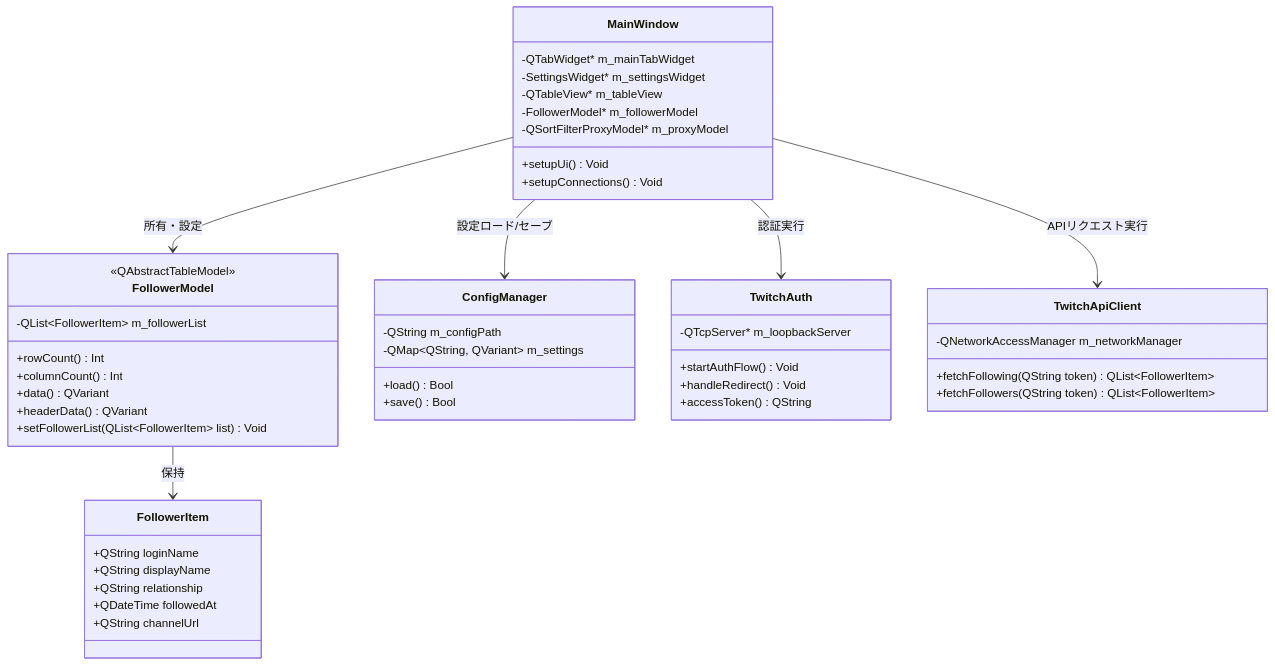
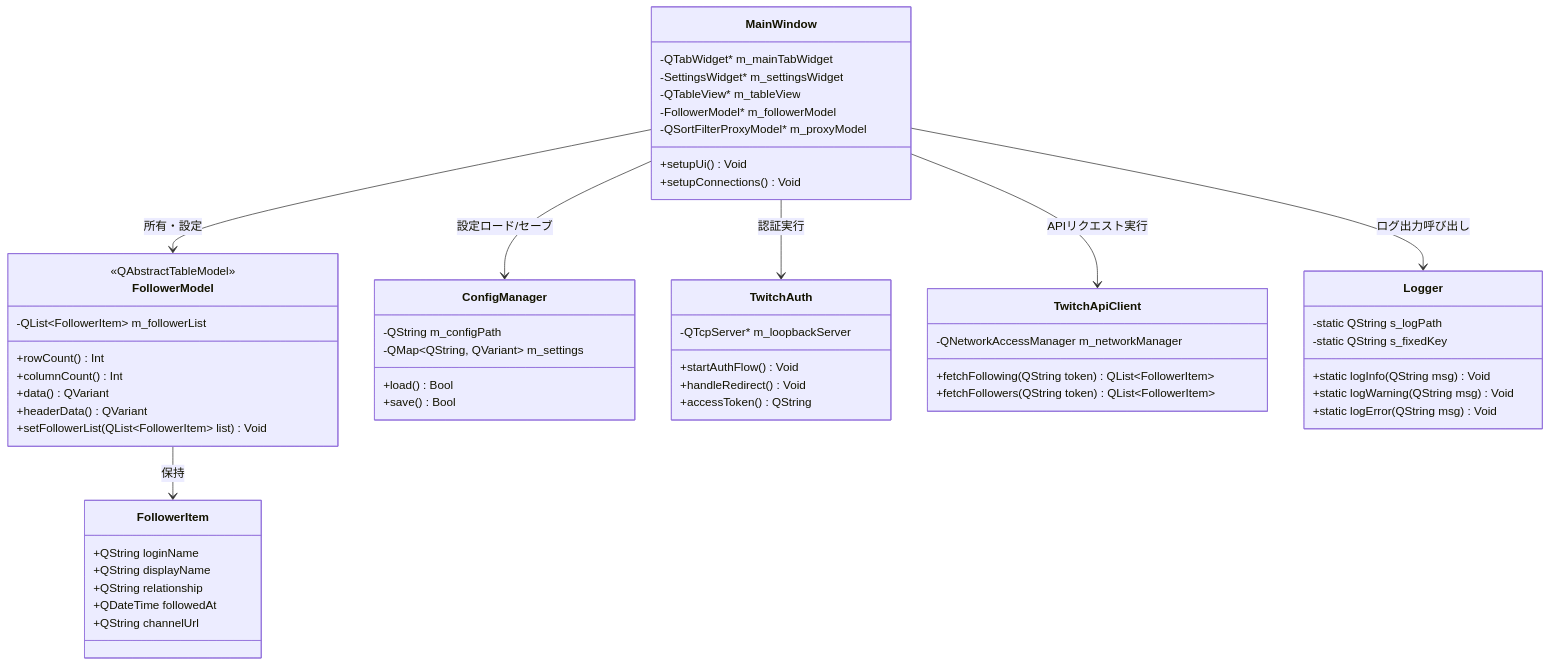
One commit to BLUE000/TwitchFollowerChecker changed the diagram in doc/basic_design.md. Above: the diagram before and after it, drawn with Mermaid. The commit also changed other lines of this file, not shown here.

````diff
--- a/doc/basic_design.md
+++ b/doc/basic_design.md
@@ -125,56 +136,65 @@
 ```mermaid
 classDiagram
     class MainWindow {
         -QTabWidget* m_mainTabWidget
         -SettingsWidget* m_settingsWidget
         -QTableView* m_tableView
         -FollowerModel* m_followerModel
         -QSortFilterProxyModel* m_proxyModel
         +setupUi() Void
         +setupConnections() Void
     }
 
     class FollowerModel {
         <<QAbstractTableModel>>
         -QList~FollowerItem~ m_followerList
         +rowCount() Int
         +columnCount() Int
         +data() QVariant
         +headerData() QVariant
         +setFollowerList(QList~FollowerItem~ list) Void
     }
 
     class FollowerItem {
         +QString loginName
         +QString displayName
         +QString relationship
         +QDateTime followedAt
         +QString channelUrl
     }
 
     class ConfigManager {
         -QString m_configPath
         -QMap~QString, QVariant~ m_settings
         +load() Bool
         +save() Bool
     }
 
     class TwitchAuth {
         -QTcpServer* m_loopbackServer
         +startAuthFlow() Void
         +handleRedirect() Void
         +accessToken() QString
     }
 
     class TwitchApiClient {
         -QNetworkAccessManager m_networkManager
         +fetchFollowing(QString token) QList~FollowerItem~
         +fetchFollowers(QString token) QList~FollowerItem~
     }
 
+    class Logger {
+        -static QString s_logPath
+        -static QString s_fixedKey
+        +static logInfo(QString msg) Void
+        +static logWarning(QString msg) Void
+        +static logError(QString msg) Void
+    }
+
     MainWindow --> FollowerModel : 所有・設定
     MainWindow --> ConfigManager : 設定ロード/セーブ
     MainWindow --> TwitchAuth : 認証実行
     MainWindow --> TwitchApiClient : APIリクエスト実行
     FollowerModel --> FollowerItem : 保持
+    MainWindow --> Logger : ログ出力呼び出し
 ```
````
